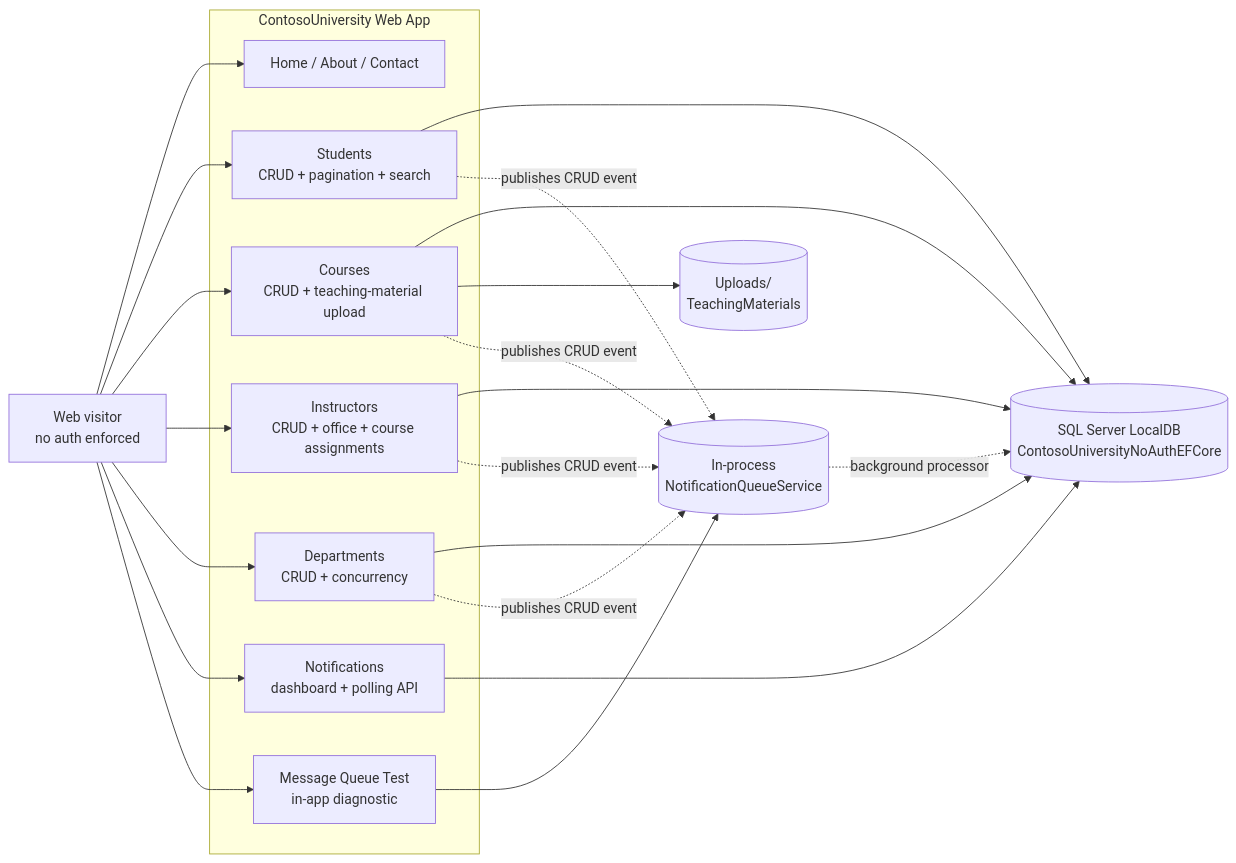
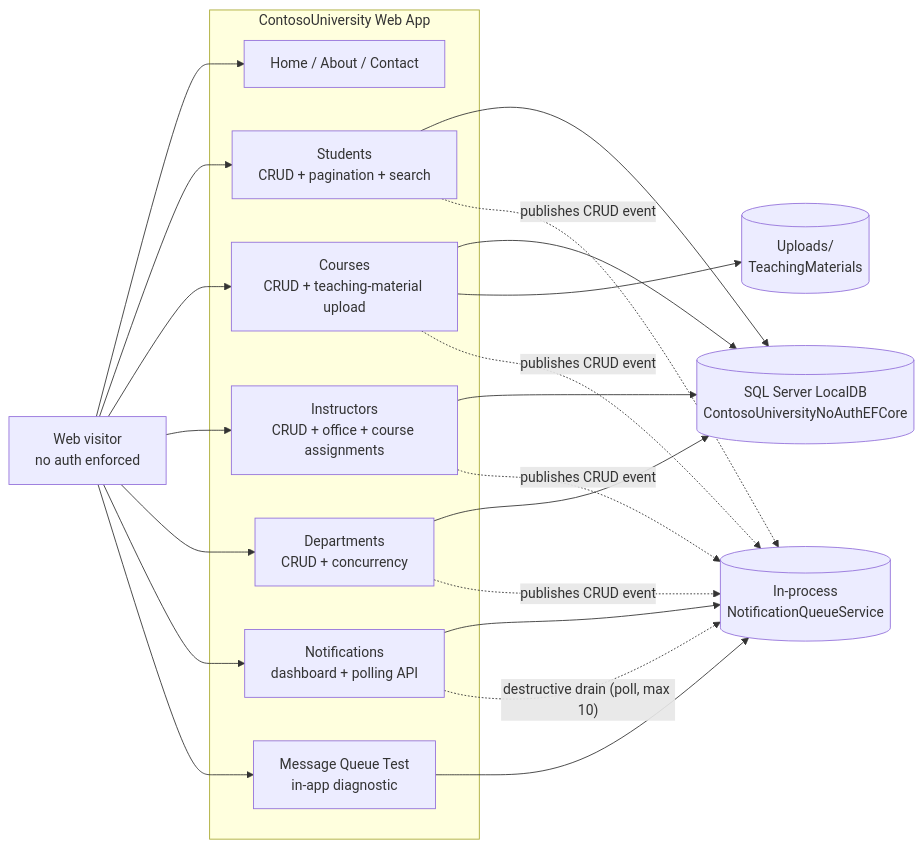
One commit to alessandro-avila/ws-ghcp-app-modernization changed the first of 2 diagrams in specs/prd.md. Above: the diagram before and after it, drawn with Mermaid. The commit also changed other lines of this file and 5 other files, not shown here.

````diff
--- a/specs/prd.md
+++ b/specs/prd.md
@@ -9,30 +9,30 @@
 ```mermaid
 flowchart LR
     Visitor[Web visitor<br/>no auth enforced]
     subgraph App[ContosoUniversity Web App]
         Home[Home / About / Contact]
         Students[Students<br/>CRUD + pagination + search]
         Courses[Courses<br/>CRUD + teaching-material upload]
         Instructors[Instructors<br/>CRUD + office + course assignments]
         Departments[Departments<br/>CRUD + concurrency]
         Notifications[Notifications<br/>dashboard + polling API]
         QueueTest[Message Queue Test<br/>in-app diagnostic]
     end
     Queue[(In-process<br/>NotificationQueueService)]
     DB[(SQL Server LocalDB<br/>ContosoUniversityNoAuthEFCore)]
     Files[(Uploads/<br/>TeachingMaterials)]
 
     Visitor --> Home
     Visitor --> Students --> DB
     Visitor --> Courses --> DB
     Courses --> Files
     Visitor --> Instructors --> DB
     Visitor --> Departments --> DB
-    Visitor --> Notifications --> DB
+    Visitor --> Notifications --> Queue
     Visitor --> QueueTest --> Queue
     Students -.publishes CRUD event.-> Queue
     Courses -.publishes CRUD event.-> Queue
     Instructors -.publishes CRUD event.-> Queue
     Departments -.publishes CRUD event.-> Queue
-    Queue -.background processor.-> DB
+    Notifications -.destructive drain (poll, max 10).-> Queue
 ```
````
